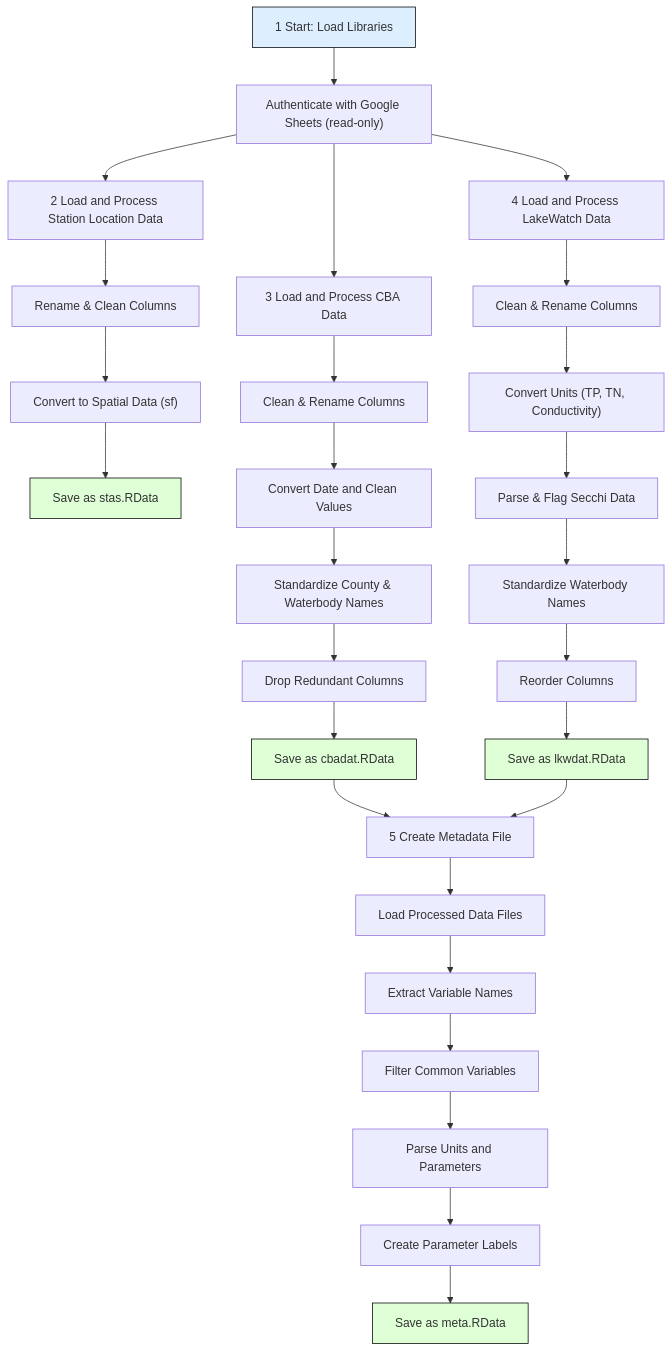
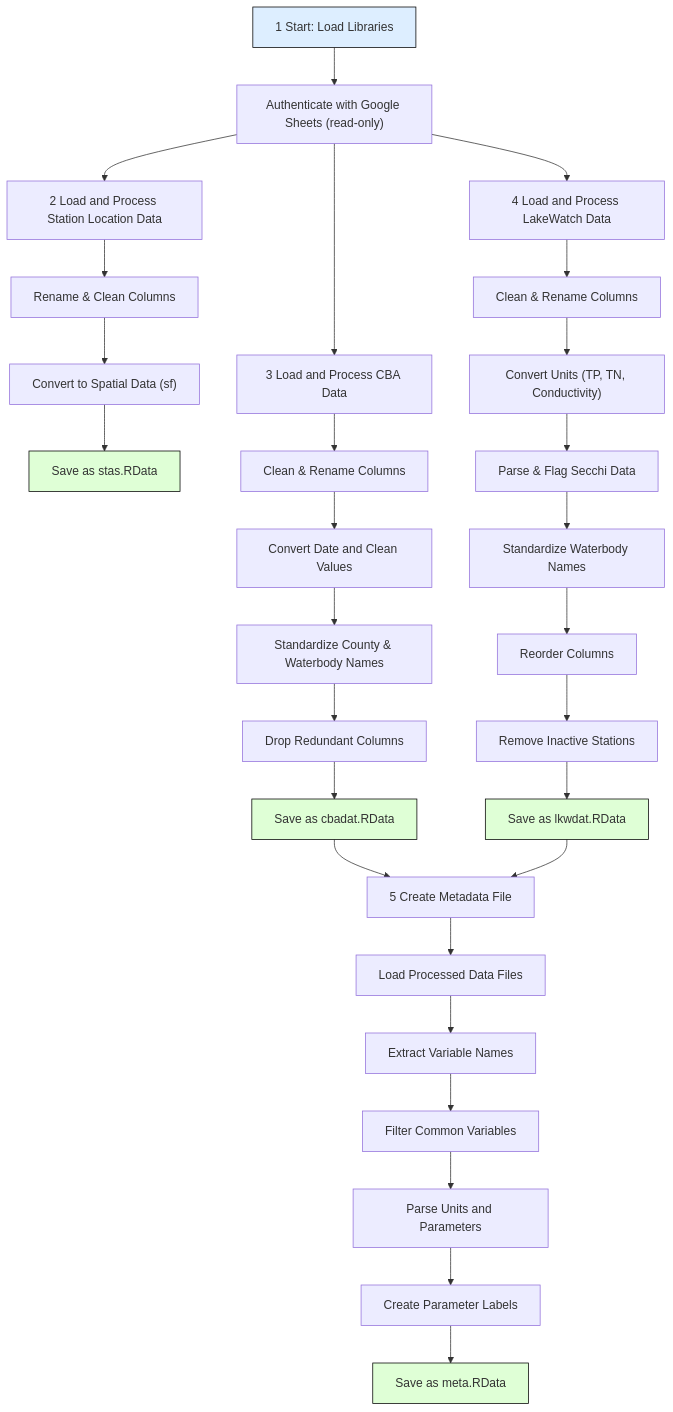
The diagram in doc/workflow.md (choctawhatchee-basin-alliance/wq-dashboard), drawn with Mermaid before and after one commit. The commit also changed other lines of this file and 6 other files, not shown here.

````diff
--- a/doc/workflow.md
+++ b/doc/workflow.md
@@ -5,38 +5,39 @@
 ```mermaid
 flowchart TD
   A["1 Start: Load Libraries"] --> B["Authenticate with Google Sheets (read-only)"]
   B --> C["2 Load and Process Station Location Data"]
   C --> D[Rename & Clean Columns]
   D --> E["Convert to Spatial Data (sf)"]
   E --> F[Save as stas.RData]
 
   B --> G["3 Load and Process CBA Data"]
   G --> H[Clean & Rename Columns]
   H --> I[Convert Date and Clean Values]
   I --> J[Standardize County & Waterbody Names]
   J --> K[Drop Redundant Columns]
   K --> L[Save as cbadat.RData]
 
   B --> M["4 Load and Process LakeWatch Data"]
   M --> N[Clean & Rename Columns]
   N --> O["Convert Units (TP, TN, Conductivity)"]
   O --> P[Parse & Flag Secchi Data]
   P --> Q[Standardize Waterbody Names]
   Q --> R[Reorder Columns]
-  R --> S[Save as lkwdat.RData]
+  R --> S[Remove Inactive Stations]
+  S --> T[Save as lkwdat.RData]
   
-  L --> T["5 Create Metadata File"]
-  S --> T
-  T --> U[Load Processed Data Files]
-  U --> V[Extract Variable Names]
-  V --> W[Filter Common Variables]
-  W --> X[Parse Units and Parameters]
-  X --> Y[Create Parameter Labels]
-  Y --> Z[Save as meta.RData]
+  L --> U["5 Create Metadata File"]
+  T --> U
+  U --> V[Load Processed Data Files]
+  V --> W[Extract Variable Names]
+  W --> X[Filter Common Variables]
+  X --> Y[Parse Units and Parameters]
+  Y --> Z[Create Parameter Labels]
+  Z --> AA[Save as meta.RData]
 
   style A fill:#DDEEFF,stroke:#000,stroke-width:1px
   style F fill:#DFFFD6,stroke:#000,stroke-width:1px
   style L fill:#DFFFD6,stroke:#000,stroke-width:1px
-  style S fill:#DFFFD6,stroke:#000,stroke-width:1px
-  style Z fill:#DFFFD6,stroke:#000,stroke-width:1px
+  style T fill:#DFFFD6,stroke:#000,stroke-width:1px
+  style AA fill:#DFFFD6,stroke:#000,stroke-width:1px
 ```
````
